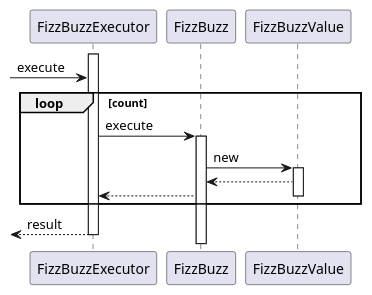
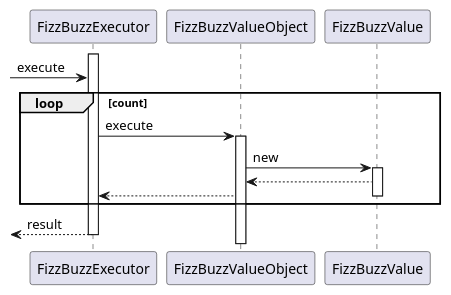
Before and after one commit to k2works/etude_for_ruby: the fourth of 5 diagrams in docs/dev/_fizz_buzz.md, drawn with PlantUML. The commit also changed other lines of this file and 15 other files, not shown here.

````diff
--- a/docs/dev/_fizz_buzz.md
+++ b/docs/dev/_fizz_buzz.md
@@ -111,18 +113,18 @@
 ```puml
 @startuml
 activate FizzBuzzExecutor
 -> FizzBuzzExecutor :execute
 loop count
-  FizzBuzzExecutor -> FizzBuzz :execute
-  activate FizzBuzz
-    FizzBuzz -> FizzBuzzValue :new  
+  FizzBuzzExecutor -> FizzBuzzValueObject :execute
+  activate FizzBuzzValueObject
+    FizzBuzzValueObject -> FizzBuzzValue :new  
     activate FizzBuzzValue
-      FizzBuzzValue --> FizzBuzz
-      FizzBuzzExecutor <-- FizzBuzz
+      FizzBuzzValue --> FizzBuzzValueObject
+      FizzBuzzExecutor <-- FizzBuzzValueObject
     deactivate FizzBuzzValue
   deactivate FizzBuzzValue
 end
 <-- FizzBuzzExecutor :result
 deactivate FizzBuzzExecutor
 @enduml
 ```
````
